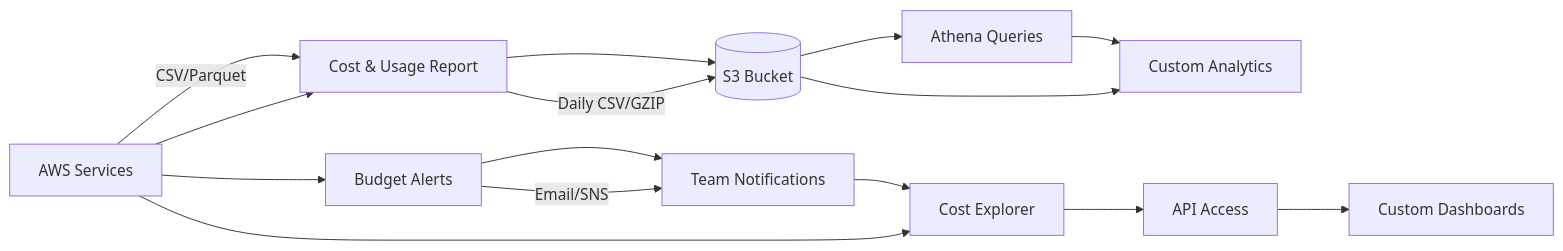
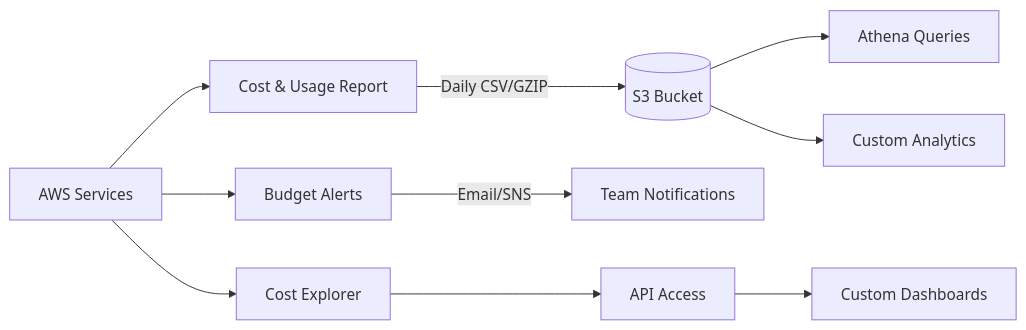
One commit to Ajeya10/submission-1234 changed the first of 2 diagrams in README.md. Above: the diagram before and after it, drawn with Mermaid.

````diff
--- a/README.md
+++ b/README.md
@@ -50,17 +50,12 @@
 ```mermaid
 graph LR
- A[CUR_AWS_Cost_&_Usage_Report] -->|CSV/Parquet| B[S3_Bucket]
-    B --> C[Athena]
-    D[Tag Policy] --> E[All AWS Resources]
-    F[Lambda] --> G[EC2/EBS Cleanup]
-    G --> H[Slack Alerts] 
      A[AWS Services] --> B[Cost & Usage Report]
     B -->|Daily CSV/GZIP| C[(S3 Bucket)]
     C --> D[Athena Queries]
     C --> E[Custom Analytics]
     A --> F[Budget Alerts]
     F -->|Email/SNS| G[Team Notifications]
     A --> H[Cost Explorer]
     H --> I[API Access]
     I --> J[Custom Dashboards]
 ```
````
